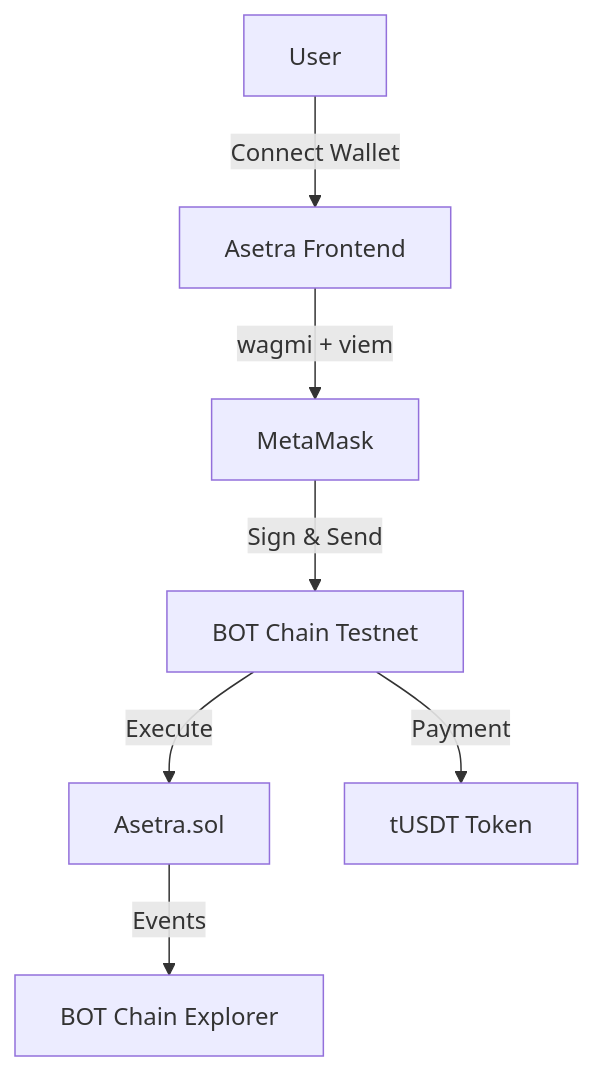
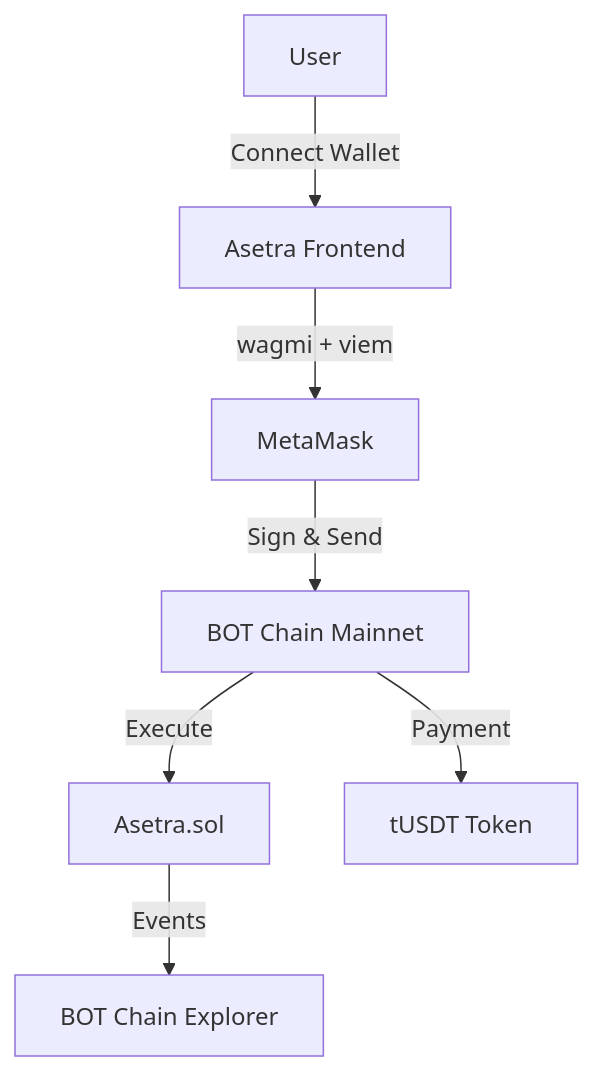
The diagram in README.md (bayuapriansyah/Asetra), drawn with Mermaid before and after one commit. The commit also changed other lines of this file, not shown here.

````diff
--- a/README.md
+++ b/README.md
@@ -284,9 +285,9 @@
 ```mermaid
 flowchart TD
     A[User] -->|Connect Wallet| B[Asetra Frontend]
     B -->|wagmi + viem| C[MetaMask]
-    C -->|Sign & Send| D[BOT Chain Testnet]
+    C -->|Sign & Send| D[BOT Chain Mainnet]
     D -->|Execute| E[Asetra.sol]
     D -->|Payment| F[tUSDT Token]
     E -->|Events| G[BOT Chain Explorer]
 ```
````
